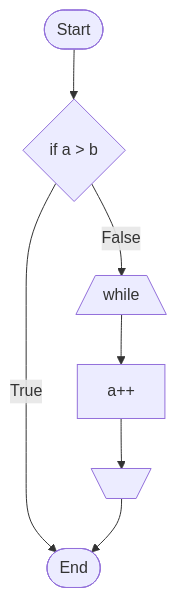
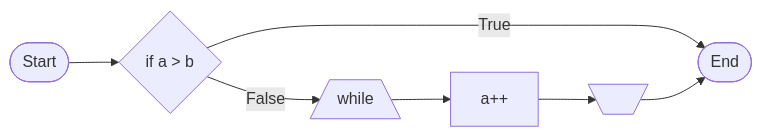
Before and after one commit to nnna1224/quartz: the first of 5 diagrams in content/desk/obsidianでmermaidを書いてみる.md, drawn with Mermaid. The commit also changed other lines of this file, not shown here.

````diff
--- a/content/desk/obsidianでmermaidを書いてみる.md
+++ b/content/desk/obsidianでmermaidを書いてみる.md
@@ -1,9 +2,9 @@
 ```mermaid
-graph TB
+graph LR
   Start([Start])-->B{if a > b}
   B-->|True| End
   B-->|False| IFS[/while\]
   IFS-->C[a++]
   C-->IFB[\  /]
   IFB-->End([End])
 ```
````
